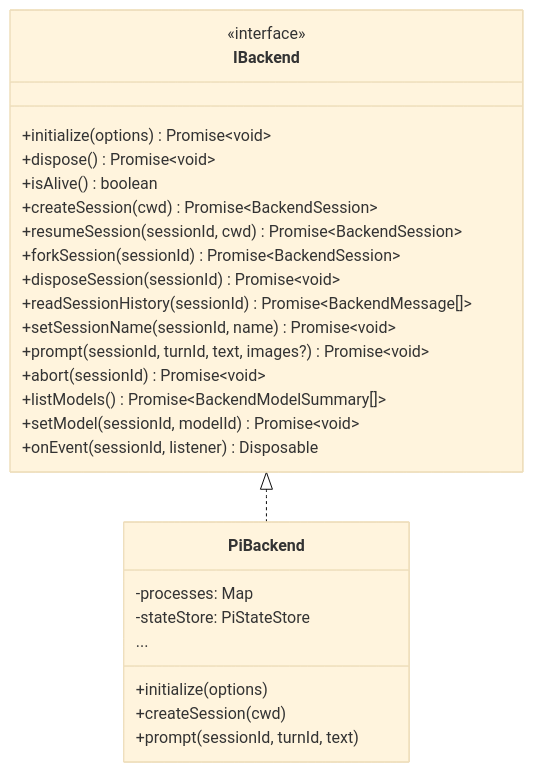
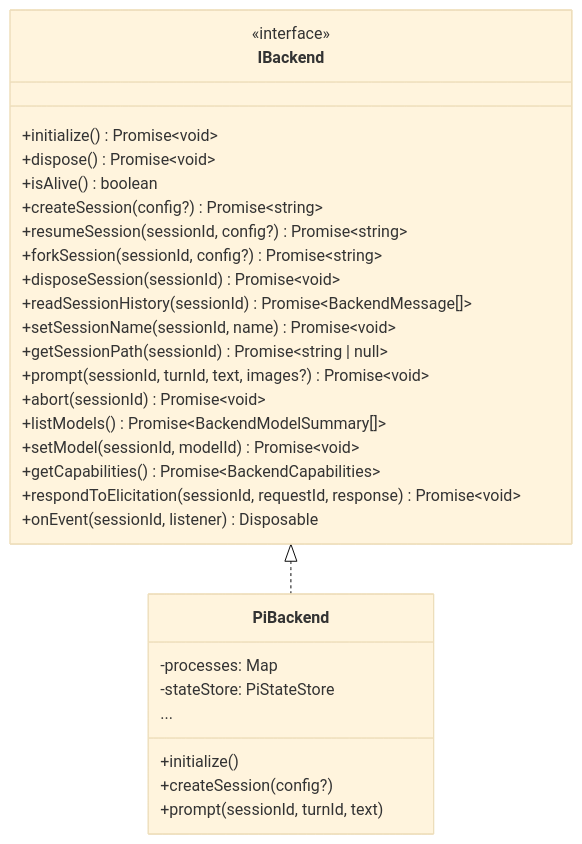
The fifth of 5 diagrams in README.md (kcosr/codapter), drawn with Mermaid (base theme) before and after one commit. The commit also changed other lines of this file, not shown here.

Commit message:
Broaden intro to cover all Codex app-server clients and update IBackend diagram
- Reframe project description: not just Codex Desktop, but any client built
  around the Codex app-server protocol (Desktop, CLI, third-party apps)
- Update IBackend mermaid diagram to match actual interface: opaque string
  session IDs, BackendSessionLaunchConfig, getSessionPath, getCapabilities,
  respondToElicitation

````diff
--- a/README.md
+++ b/README.md
@@ -377,31 +377,34 @@
 ```mermaid
 classDiagram
     class IBackend {
         <<interface>>
-        +initialize(options) Promise~void~
+        +initialize() Promise~void~
         +dispose() Promise~void~
         +isAlive() boolean
-        +createSession(cwd) Promise~BackendSession~
-        +resumeSession(sessionId, cwd) Promise~BackendSession~
-        +forkSession(sessionId) Promise~BackendSession~
+        +createSession(config?) Promise~string~
+        +resumeSession(sessionId, config?) Promise~string~
+        +forkSession(sessionId, config?) Promise~string~
         +disposeSession(sessionId) Promise~void~
         +readSessionHistory(sessionId) Promise~BackendMessage[]~
         +setSessionName(sessionId, name) Promise~void~
+        +getSessionPath(sessionId) Promise~string | null~
         +prompt(sessionId, turnId, text, images?) Promise~void~
         +abort(sessionId) Promise~void~
         +listModels() Promise~BackendModelSummary[]~
         +setModel(sessionId, modelId) Promise~void~
+        +getCapabilities() Promise~BackendCapabilities~
+        +respondToElicitation(sessionId, requestId, response) Promise~void~
         +onEvent(sessionId, listener) Disposable
     }
 
     class PiBackend {
         -processes: Map
         -stateStore: PiStateStore
-        +initialize(options)
-        +createSession(cwd)
+        +initialize()
+        +createSession(config?)
         +prompt(sessionId, turnId, text)
         ...
     }
 
     IBackend <|.. PiBackend
 ```
````
